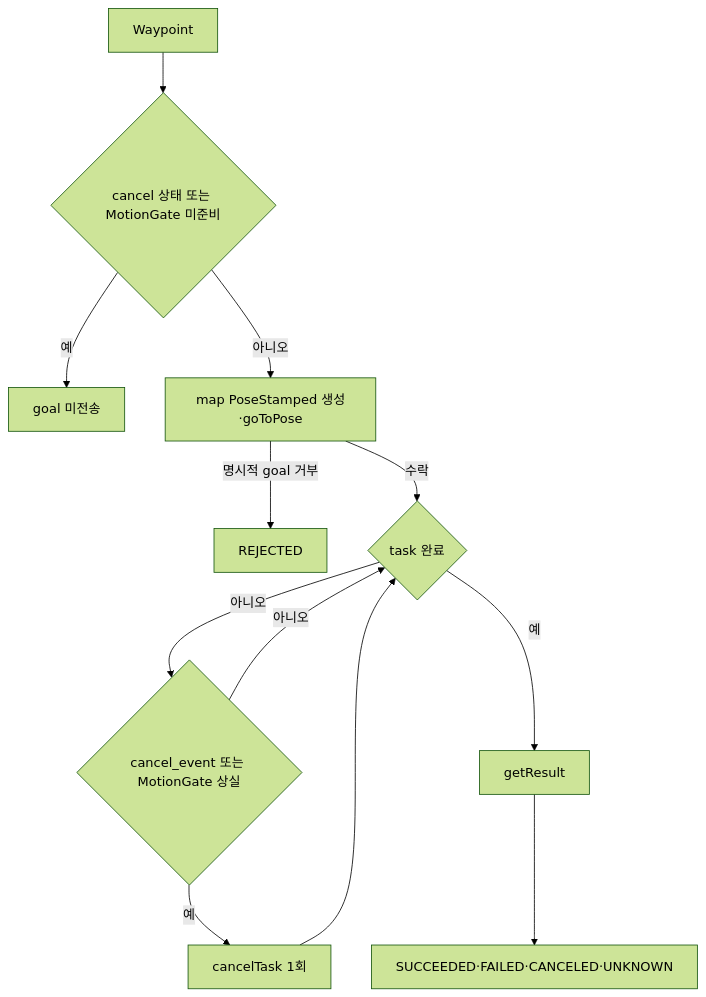
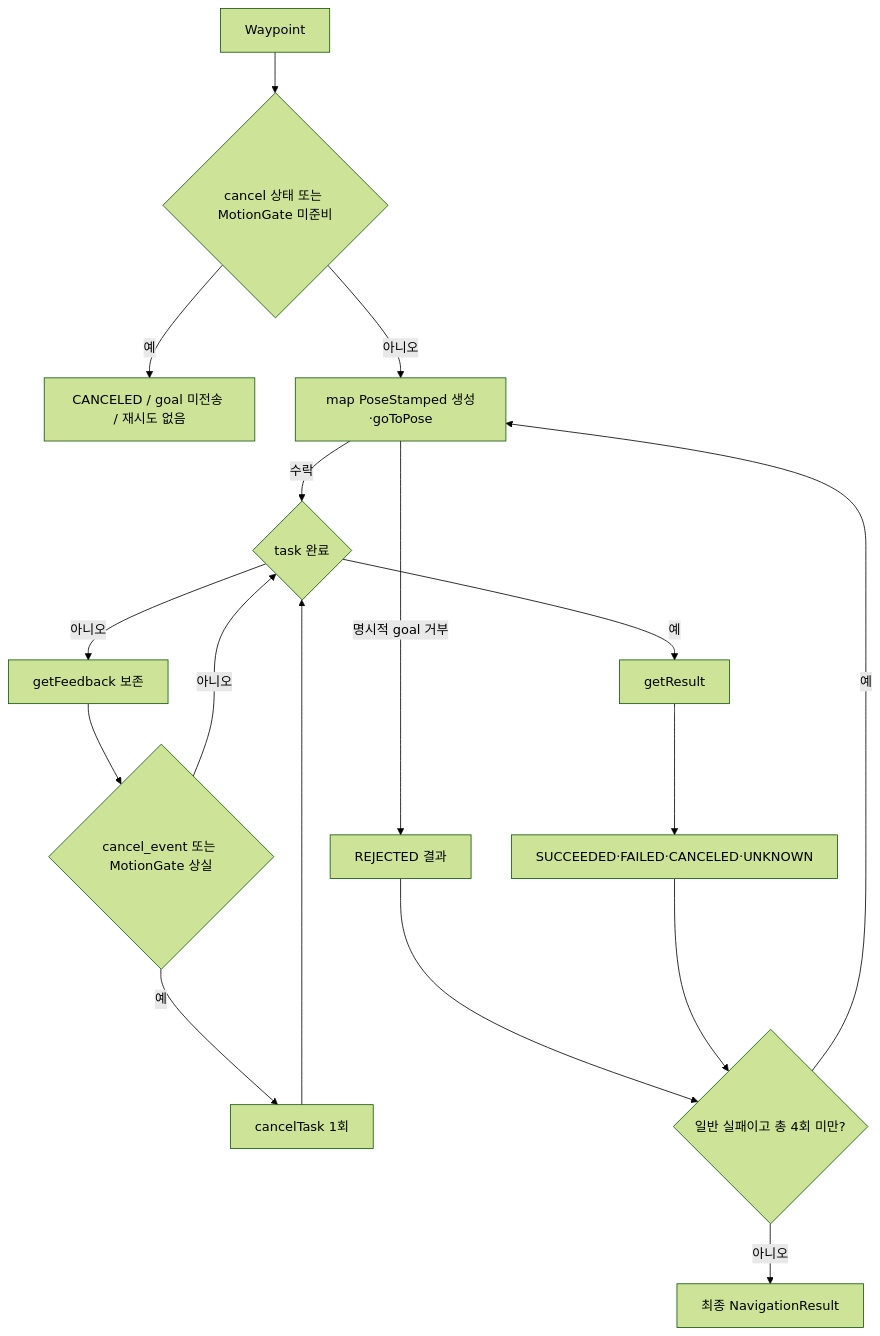
Before and after one commit to suuuhululu/patrol: diagram 18 of 29 in src/patrol_amr/docs/mission_navigation.md, drawn with Mermaid (forest theme). The commit also changed other lines of this file and 42 other files, not shown here.

```diff
--- a/src/patrol_amr/docs/mission_navigation.md
+++ b/src/patrol_amr/docs/mission_navigation.md
@@ -375,14 +378,19 @@
 ~~~mermaid
 flowchart TD
     A[Waypoint] --> B{cancel 상태 또는 MotionGate 미준비}
-    B -->|예| X[goal 미전송]
+    B -->|예| X[CANCELED / goal 미전송 / 재시도 없음]
     B -->|아니오| C[map PoseStamped 생성·goToPose]
-    C -->|명시적 goal 거부| Y[REJECTED]
+    C -->|명시적 goal 거부| Y[REJECTED 결과]
     C -->|수락| D{task 완료}
-    D -->|아니오| E{cancel_event 또는 MotionGate 상실}
+    D -->|아니오| FB[getFeedback 보존]
+    FB --> E{cancel_event 또는 MotionGate 상실}
     E -->|예| F[cancelTask 1회]
     E -->|아니오| D
     F --> D
     D -->|예| G[getResult]
     G --> H[SUCCEEDED·FAILED·CANCELED·UNKNOWN]
+    Y --> R{일반 실패이고 총 4회 미만?}
+    H --> R
+    R -->|예| C
+    R -->|아니오| T[최종 NavigationResult]
 ~~~
```
